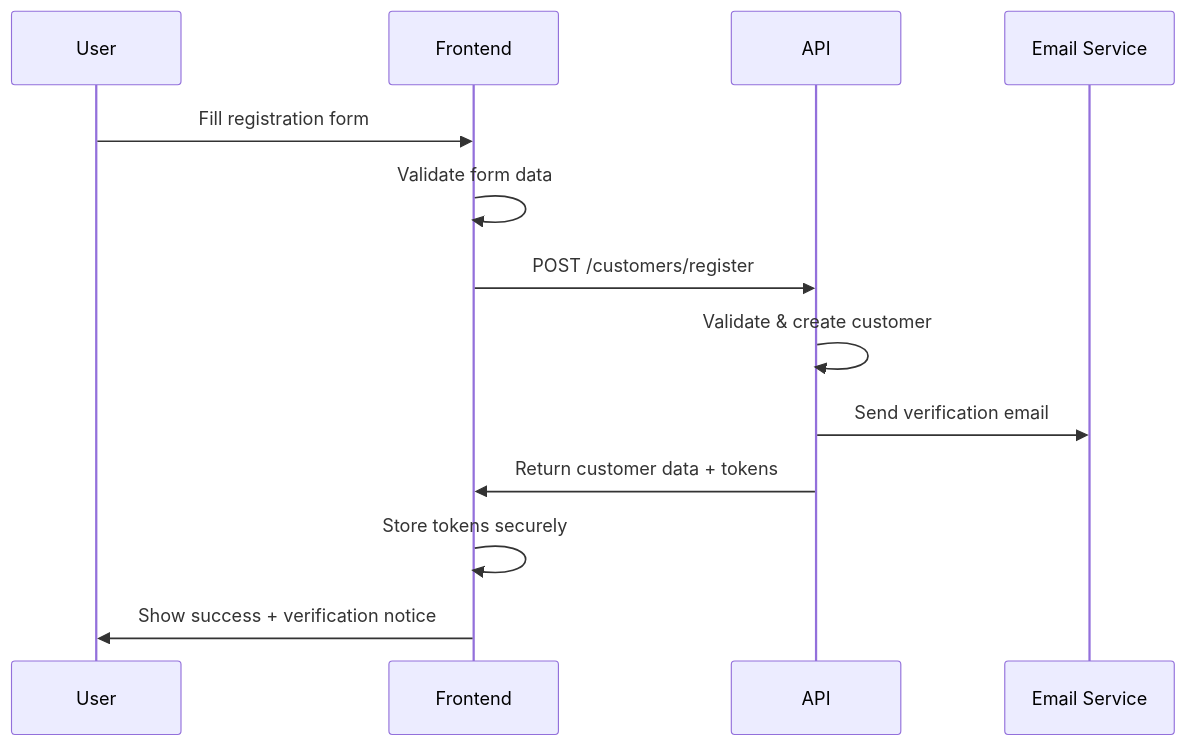
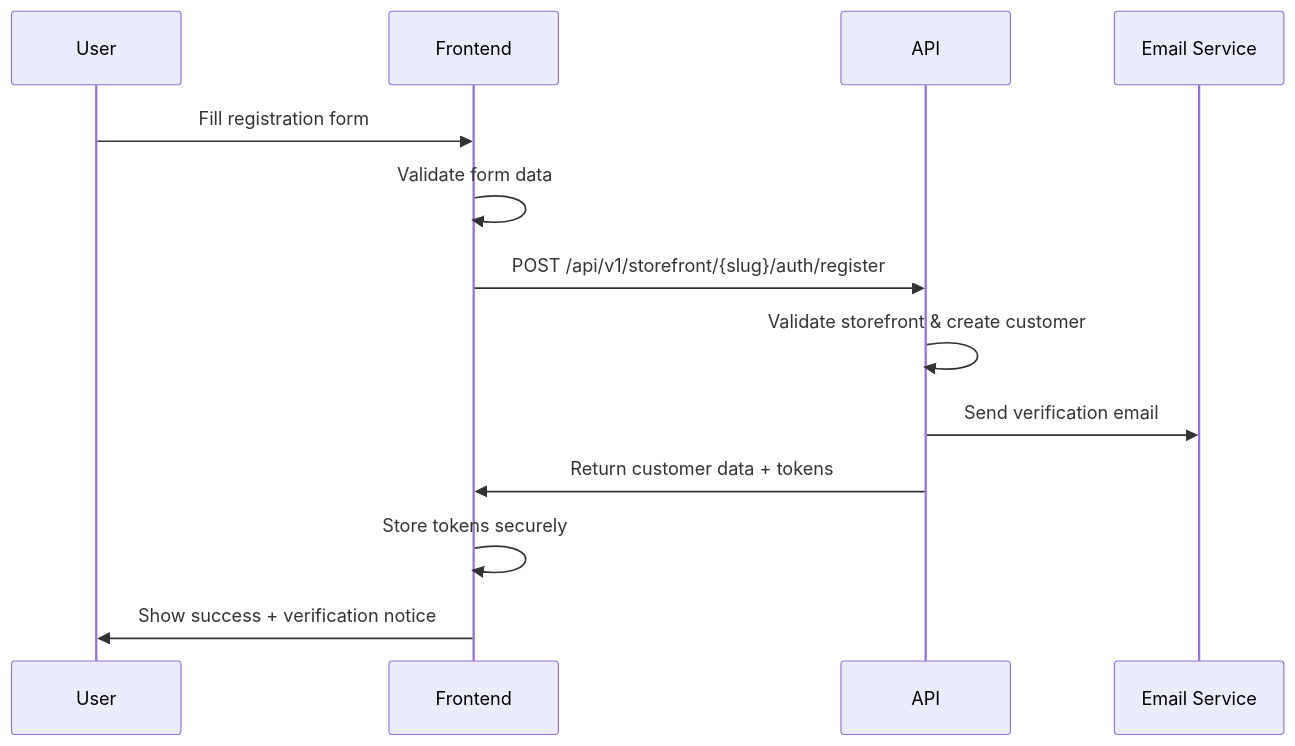
The first of 3 diagrams in docs/FRONTEND_CUSTOMER_AUTH_IMPLEMENTATION_GUIDE.md (kirimku/smartseller-storefront), drawn with Mermaid before and after one commit. The commit also changed other lines of this file and 25 other files, not shown here.

````diff
--- a/docs/FRONTEND_CUSTOMER_AUTH_IMPLEMENTATION_GUIDE.md
+++ b/docs/FRONTEND_CUSTOMER_AUTH_IMPLEMENTATION_GUIDE.md
@@ -75,16 +76,16 @@
 ```mermaid
 sequenceDiagram
     participant U as User
     participant F as Frontend
     participant A as API
     participant E as Email Service
 
     U->>F: Fill registration form
     F->>F: Validate form data
-    F->>A: POST /customers/register
-    A->>A: Validate & create customer
+    F->>A: POST /api/v1/storefront/{slug}/auth/register
+    A->>A: Validate storefront & create customer
     A->>E: Send verification email
     A->>F: Return customer data + tokens
     F->>F: Store tokens securely
     F->>U: Show success + verification notice
 ```
````
